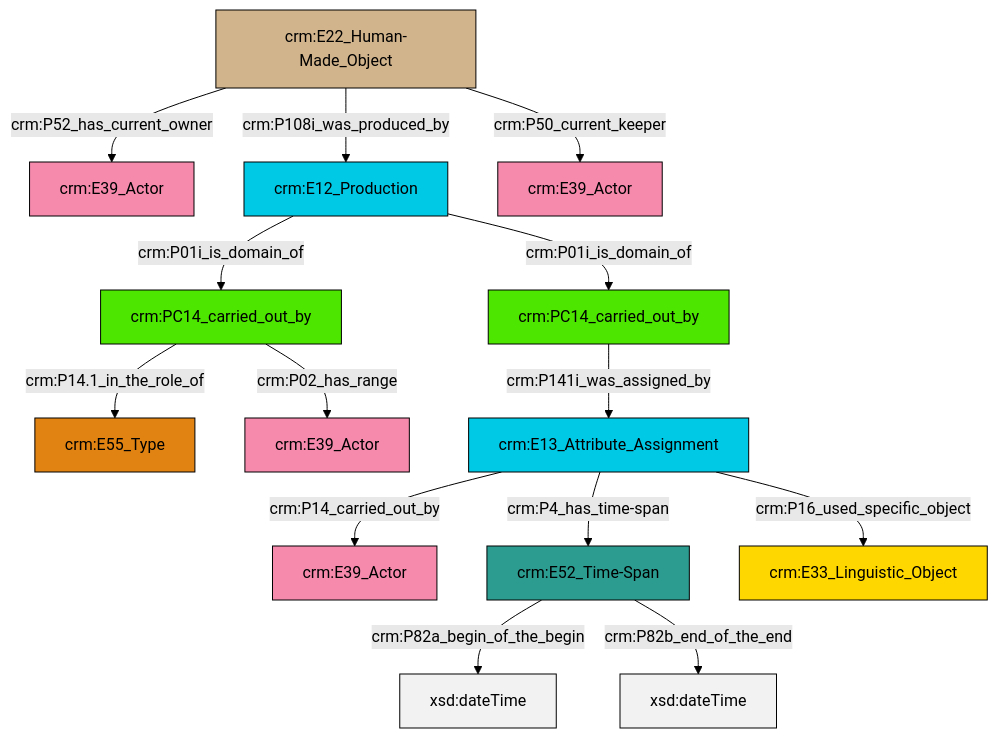
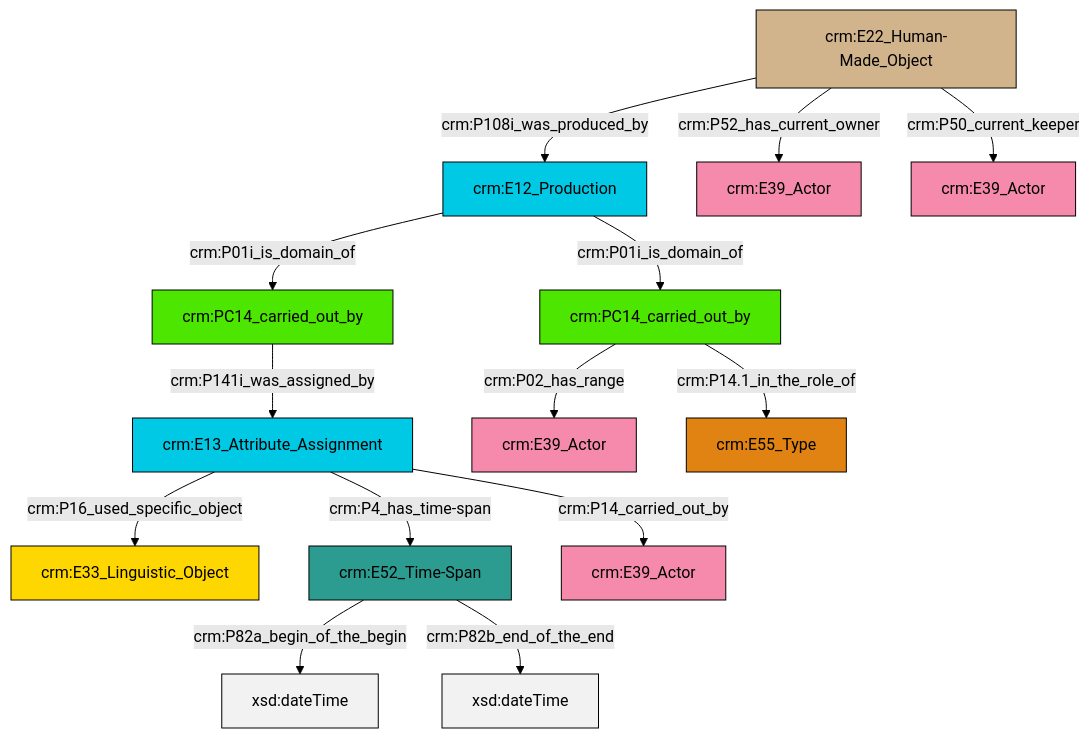
The diagram in et/carrierCSV/ttl/mmd/carrier_relations.ttl.mmd (swiss-art-research-net/docs.swissartresearch), drawn with Mermaid (forest theme) before and after one commit. The commit also changed 177 other files, not shown here.

```diff
--- a/et/carrierCSV/ttl/mmd/carrier_relations.ttl.mmd
+++ b/et/carrierCSV/ttl/mmd/carrier_relations.ttl.mmd
@@ -1,28 +1,28 @@
 graph TD
 classDef Literal fill:#f2f2f2,stroke:#000000;
 classDef CRM_Entity fill:#FFFFFF,stroke:#000000;
 classDef Temporal_Entity fill:#00C9E6, stroke:#000000;
 classDef Type fill:#E18312, stroke:#000000;
 classDef Time-Span fill:#2C9C91, stroke:#000000;
 classDef Appellation fill:#FFEB7F, stroke:#000000;
 classDef Place fill:#008836, stroke:#000000;
 classDef Persistent_Item fill:#B266B2, stroke:#000000;
 classDef Conceptual_Object fill:#FFD700, stroke:#000000;
 classDef Physical_Thing fill:#D2B48C, stroke:#000000;
 classDef Actor fill:#f58aad, stroke:#000000;
 classDef PC_Classes fill:#4ce600, stroke:#000000;
 classDef Multi fill:#cccccc,stroke:#000000;
 
-4["crm:PC14_carried_out_by"]:::PC_Classes -->|crm:P14.1_in_the_role_of| 5["crm:E55_Type"]:::Type
-6["crm:E52_Time-Span"]:::Time-Span -->|crm:P82a_begin_of_the_begin| 7[xsd:dateTime]:::Literal
-8["crm:E13_Attribute_Assignment"]:::Temporal_Entity -->|crm:P14_carried_out_by| 0["crm:E39_Actor"]:::Actor
-8["crm:E13_Attribute_Assignment"]:::Temporal_Entity -->|crm:P4_has_time-span| 6["crm:E52_Time-Span"]:::Time-Span
-4["crm:PC14_carried_out_by"]:::PC_Classes -->|crm:P02_has_range| 13["crm:E39_Actor"]:::Actor
-11["crm:E22_Human-Made_Object"]:::Physical_Thing -->|crm:P52_has_current_owner| 9["crm:E39_Actor"]:::Actor
-11["crm:E22_Human-Made_Object"]:::Physical_Thing -->|crm:P108i_was_produced_by| 15["crm:E12_Production"]:::Temporal_Entity
-6["crm:E52_Time-Span"]:::Time-Span -->|crm:P82b_end_of_the_end| 16[xsd:dateTime]:::Literal
-15["crm:E12_Production"]:::Temporal_Entity -->|crm:P01i_is_domain_of| 4["crm:PC14_carried_out_by"]:::PC_Classes
-15["crm:E12_Production"]:::Temporal_Entity -->|crm:P01i_is_domain_of| 2["crm:PC14_carried_out_by"]:::PC_Classes
-8["crm:E13_Attribute_Assignment"]:::Temporal_Entity -->|crm:P16_used_specific_object| 20["crm:E33_Linguistic_Object"]:::Conceptual_Object
-2["crm:PC14_carried_out_by"]:::PC_Classes -->|crm:P141i_was_assigned_by| 8["crm:E13_Attribute_Assignment"]:::Temporal_Entity
-11["crm:E22_Human-Made_Object"]:::Physical_Thing -->|crm:P50_current_keeper| 17["crm:E39_Actor"]:::Actor
+0["crm:E13_Attribute_Assignment"]:::Temporal_Entity -->|crm:P16_used_specific_object| 2["crm:E33_Linguistic_Object"]:::Conceptual_Object
+5["crm:E22_Human-Made_Object"]:::Physical_Thing -->|crm:P52_has_current_owner| 6["crm:E39_Actor"]:::Actor
+5["crm:E22_Human-Made_Object"]:::Physical_Thing -->|crm:P50_current_keeper| 7["crm:E39_Actor"]:::Actor
+5["crm:E22_Human-Made_Object"]:::Physical_Thing -->|crm:P108i_was_produced_by| 3["crm:E12_Production"]:::Temporal_Entity
+0["crm:E13_Attribute_Assignment"]:::Temporal_Entity -->|crm:P14_carried_out_by| 13["crm:E39_Actor"]:::Actor
+10["crm:PC14_carried_out_by"]:::PC_Classes -->|crm:P141i_was_assigned_by| 0["crm:E13_Attribute_Assignment"]:::Temporal_Entity
+8["crm:E52_Time-Span"]:::Time-Span -->|crm:P82a_begin_of_the_begin| 15[xsd:dateTime]:::Literal
+8["crm:E52_Time-Span"]:::Time-Span -->|crm:P82b_end_of_the_end| 23[xsd:dateTime]:::Literal
+3["crm:E12_Production"]:::Temporal_Entity -->|crm:P01i_is_domain_of| 10["crm:PC14_carried_out_by"]:::PC_Classes
+19["crm:PC14_carried_out_by"]:::PC_Classes -->|crm:P14.1_in_the_role_of| 21["crm:E55_Type"]:::Type
+3["crm:E12_Production"]:::Temporal_Entity -->|crm:P01i_is_domain_of| 19["crm:PC14_carried_out_by"]:::PC_Classes
+0["crm:E13_Attribute_Assignment"]:::Temporal_Entity -->|crm:P4_has_time-span| 8["crm:E52_Time-Span"]:::Time-Span
+19["crm:PC14_carried_out_by"]:::PC_Classes -->|crm:P02_has_range| 16["crm:E39_Actor"]:::Actor
```
